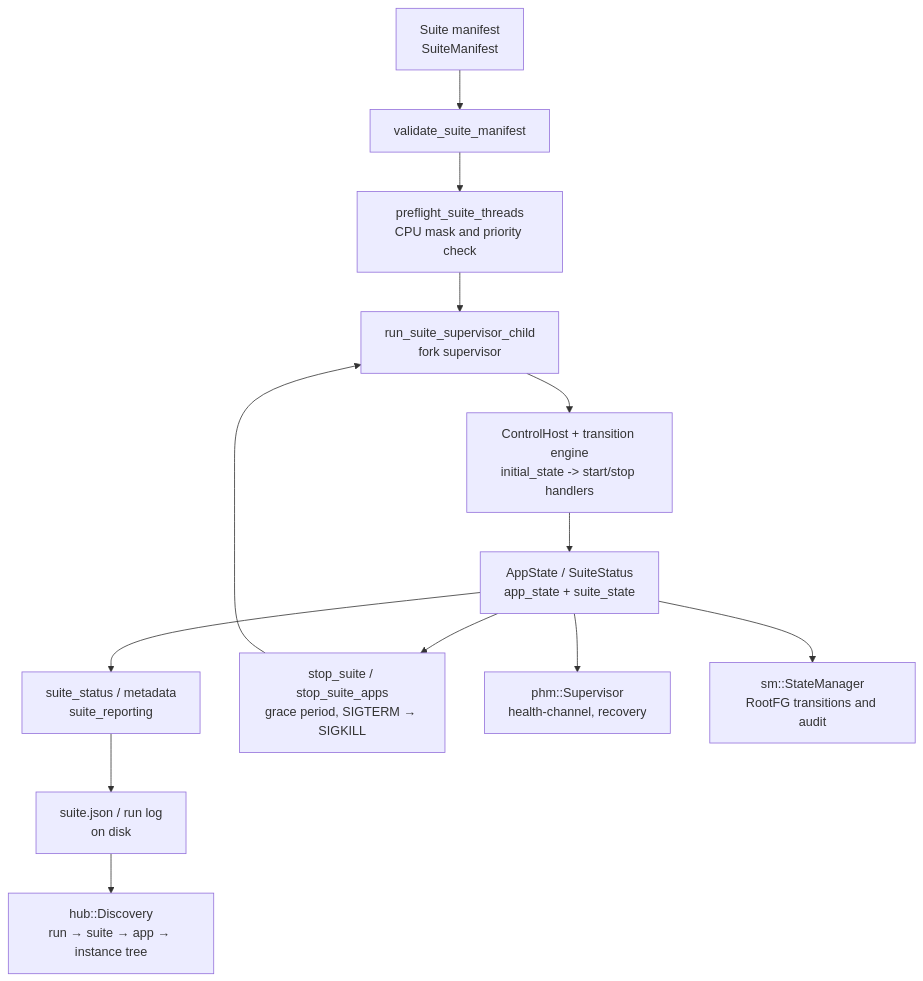
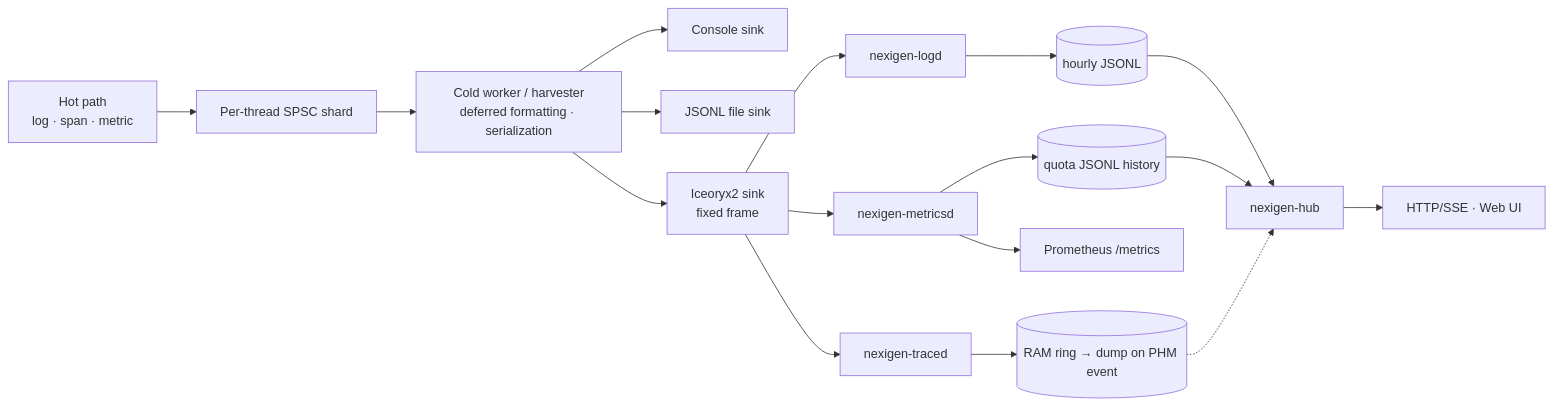
The third of 7 diagrams in docs/architecture.md (nexigen-tech/nexigen-cpp), drawn with Mermaid before and after one commit. The commit also changed other lines of this file and 88 other files, not shown here.

````diff
--- a/docs/architecture.md
+++ b/docs/architecture.md
@@ -230,15 +622,22 @@
 ```mermaid
-flowchart TD
-    MAN["Suite manifest<br/>SuiteManifest"] --> VAL["validate_suite_manifest"]
-    VAL --> PRE["preflight_suite_threads<br/>CPU mask and priority check"]
-    PRE --> SUP["run_suite_supervisor_child<br/>fork supervisor"]
-    SUP --> APPS["ControlHost + transition engine<br/>initial_state -> start/stop handlers"]
-    APPS --> STATE["AppState / SuiteStatus<br/>app_state + suite_state"]
-    STATE --> REPORT["suite_status / metadata<br/>suite_reporting"]
-    REPORT --> META["suite.json / run log<br/>on disk"]
-    META --> HUB2["hub::Discovery<br/>run → suite → app → instance tree"]
-    STATE --> STOP["stop_suite / stop_suite_apps<br/>grace period, SIGTERM → SIGKILL"]
-    STOP --> SUP
-    STATE --> PHM2["phm::Supervisor<br/>health-channel, recovery"]
-    STATE --> SM2["sm::StateManager<br/>RootFG transitions and audit"]
+flowchart LR
+    CALL["Hot path<br/>log · span · metric"] --> SHARD["Per-thread SPSC shard"]
+    SHARD --> WORKER["Cold worker / harvester<br/>deferred formatting · serialization"]
+    WORKER --> CONSOLE["Console sink"]
+    WORKER --> JSONL["JSONL file sink"]
+    WORKER --> FRAME["Iceoryx2 sink<br/>fixed frame"]
+
+    FRAME --> LOGD["nexigen-logd"]
+    FRAME --> MD["nexigen-metricsd"]
+    FRAME --> TD["nexigen-traced"]
+
+    LOGD --> FILES[("hourly JSONL")]
+    MD --> HIST[("quota JSONL history")]
+    MD --> PROM["Prometheus /metrics"]
+    TD --> RING[("RAM ring → dump on PHM event")]
+
+    FILES --> HUB["nexigen-hub"]
+    HIST --> HUB
+    RING -.-> HUB
+    HUB --> UI["HTTP/SSE · Web UI"]
 ```
````
